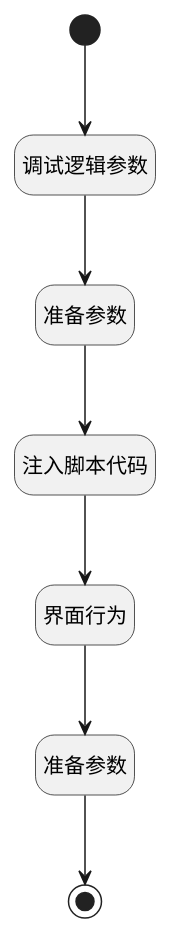
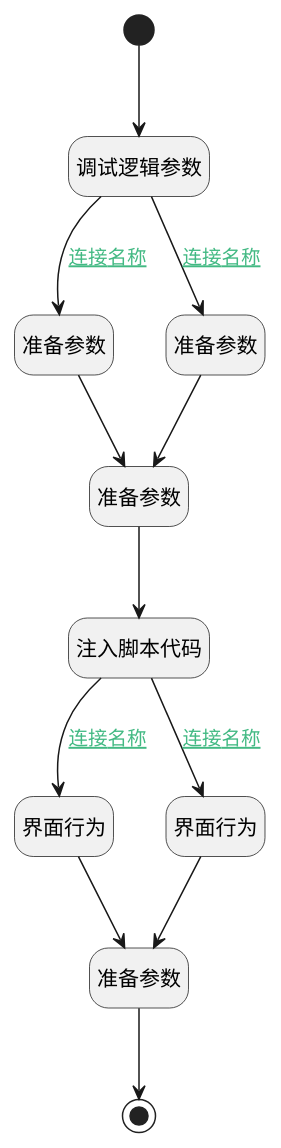
Before and after one commit to iBizLab/plm: the diagram in doc/docsify/module/TestMgmt/review_content/uilogic/review_content_version_comparison.md, drawn with PlantUML. The commit also changed other lines of this file and 799 other files, not shown here.

````diff
--- a/doc/docsify/module/TestMgmt/review_content/uilogic/review_content_version_comparison.md
+++ b/doc/docsify/module/TestMgmt/review_content/uilogic/review_content_version_comparison.md
@@ -7,29 +7,37 @@
 ```plantuml
 @startuml
 hide footbox
 <style>
 root {
   HyperlinkColor #42b983
 }
 </style>
 
 hide empty description
 state "开始" as Begin <<start>> [[$./review_content_version_comparison#begin {开始}]]
+state "准备参数" as PREPAREJSPARAM4  [[$./review_content_version_comparison#preparejsparam4 {准备参数}]]
+state "准备参数" as PREPAREJSPARAM2  [[$./review_content_version_comparison#preparejsparam2 {准备参数}]]
+state "结束" as END1 <<end>> [[$./review_content_version_comparison#end1 {结束}]]
+state "调试逻辑参数" as DEBUGPARAM1  [[$./review_content_version_comparison#debugparam1 {调试逻辑参数}]]
 state "界面行为" as DEUIACTION1  [[$./review_content_version_comparison#deuiaction1 {界面行为}]]
 state "注入脚本代码" as RAWJSCODE1  [[$./review_content_version_comparison#rawjscode1 {注入脚本代码}]]
-state "结束" as END1 <<end>> [[$./review_content_version_comparison#end1 {结束}]]
-state "准备参数" as PREPAREJSPARAM2  [[$./review_content_version_comparison#preparejsparam2 {准备参数}]]
+state "界面行为" as DEUIACTION2  [[$./review_content_version_comparison#deuiaction2 {界面行为}]]
+state "准备参数" as PREPAREJSPARAM3  [[$./review_content_version_comparison#preparejsparam3 {准备参数}]]
 state "准备参数" as PREPAREJSPARAM1  [[$./review_content_version_comparison#preparejsparam1 {准备参数}]]
-state "调试逻辑参数" as DEBUGPARAM1  [[$./review_content_version_comparison#debugparam1 {调试逻辑参数}]]
 
 
 Begin --> DEBUGPARAM1
-DEBUGPARAM1 --> PREPAREJSPARAM1
-PREPAREJSPARAM1 --> RAWJSCODE1
-RAWJSCODE1 --> DEUIACTION1
+DEBUGPARAM1 --> PREPAREJSPARAM1 : [[$./review_content_version_comparison#debugparam1-preparejsparam1{连接名称} 连接名称]]
+PREPAREJSPARAM1 --> PREPAREJSPARAM4
+PREPAREJSPARAM4 --> RAWJSCODE1
+RAWJSCODE1 --> DEUIACTION1 : [[$./review_content_version_comparison#rawjscode1-deuiaction1{连接名称} 连接名称]]
 DEUIACTION1 --> PREPAREJSPARAM2
 PREPAREJSPARAM2 --> END1
+RAWJSCODE1 --> DEUIACTION2 : [[$./review_content_version_comparison#rawjscode1-deuiaction2{连接名称} 连接名称]]
+DEUIACTION2 --> PREPAREJSPARAM2
+DEBUGPARAM1 --> PREPAREJSPARAM3 : [[$./review_content_version_comparison#debugparam1-preparejsparam3{连接名称} 连接名称]]
+PREPAREJSPARAM3 --> PREPAREJSPARAM4
 
 
 @enduml
 ```
````
